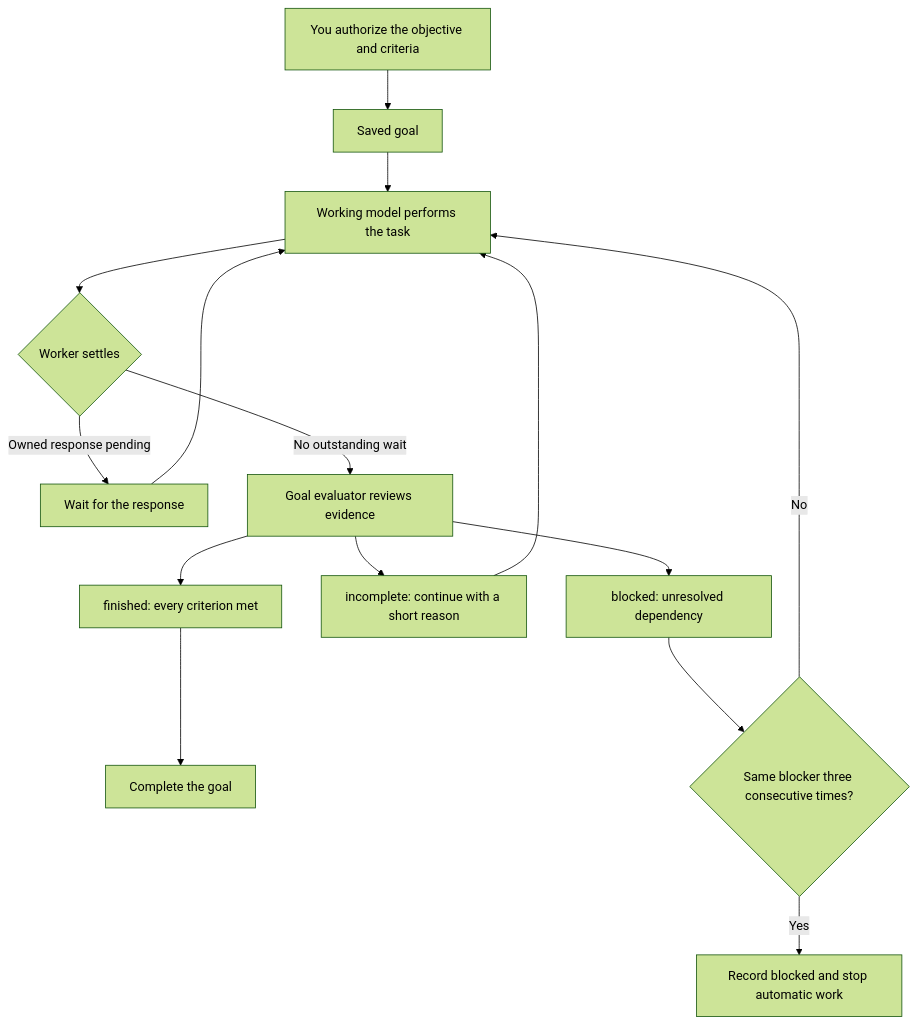
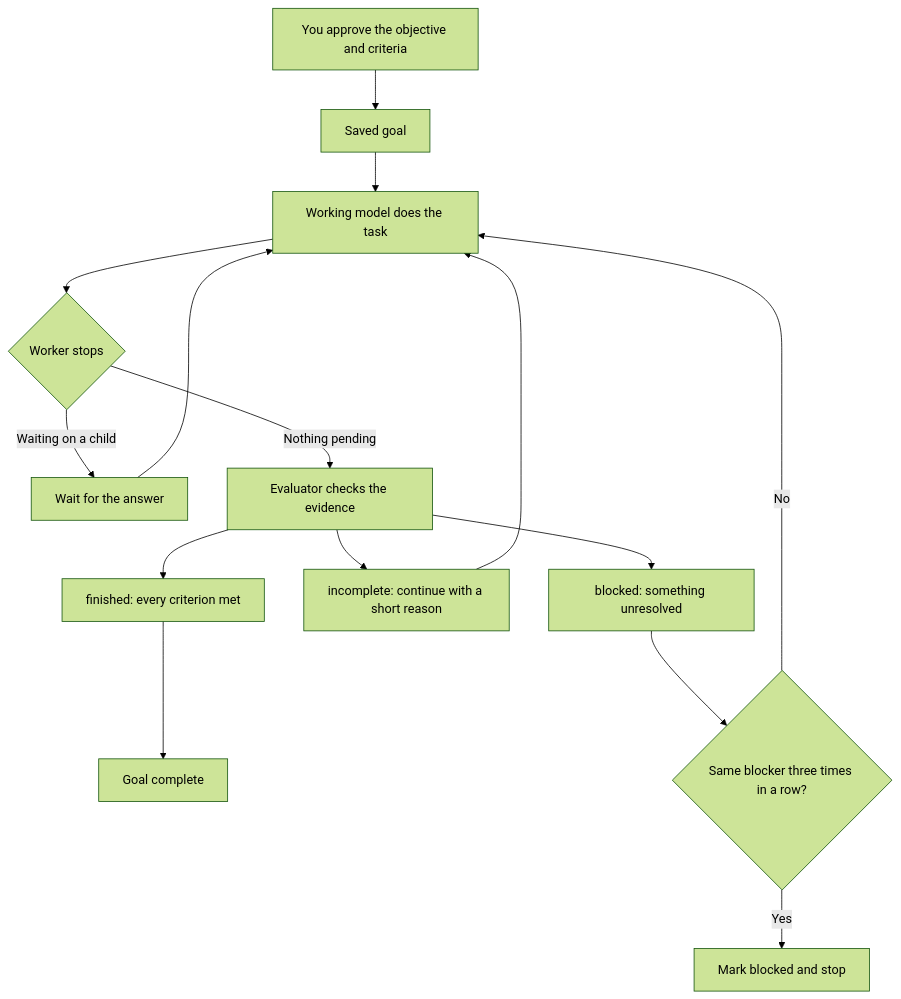
Before and after one commit to finngi/pi-packages: the diagram in docs/guides/goals.md, drawn with Mermaid (forest theme). The commit also changed other lines of this file and 35 other files, not shown here.

````diff
--- a/docs/guides/goals.md
+++ b/docs/guides/goals.md
@@ -88,17 +87,17 @@
 ```mermaid
 flowchart TD
-  User["You authorize the objective and criteria"] --> Goal["Saved goal"]
-  Goal --> Worker["Working model performs the task"]
-  Worker --> Stop{"Worker settles"}
-  Stop -->|"Owned response pending"| Wait["Wait for the response"]
+  User["You approve the objective and criteria"] --> Goal["Saved goal"]
+  Goal --> Worker["Working model does the task"]
+  Worker --> Stop{"Worker stops"}
+  Stop -->|"Waiting on a child"| Wait["Wait for the answer"]
   Wait --> Worker
-  Stop -->|"No outstanding wait"| Eval["Goal evaluator reviews evidence"]
+  Stop -->|"Nothing pending"| Eval["Evaluator checks the evidence"]
   Eval --> Finished["finished: every criterion met"]
   Eval --> Incomplete["incomplete: continue with a short reason"]
-  Eval --> Blocked["blocked: unresolved dependency"]
-  Finished --> Complete["Complete the goal"]
+  Eval --> Blocked["blocked: something unresolved"]
+  Finished --> Complete["Goal complete"]
   Incomplete --> Worker
-  Blocked --> Count{"Same blocker three consecutive times?"}
+  Blocked --> Count{"Same blocker three times in a row?"}
   Count -->|"No"| Worker
-  Count -->|"Yes"| Halt["Record blocked and stop automatic work"]
+  Count -->|"Yes"| Halt["Mark blocked and stop"]
 ```
````
